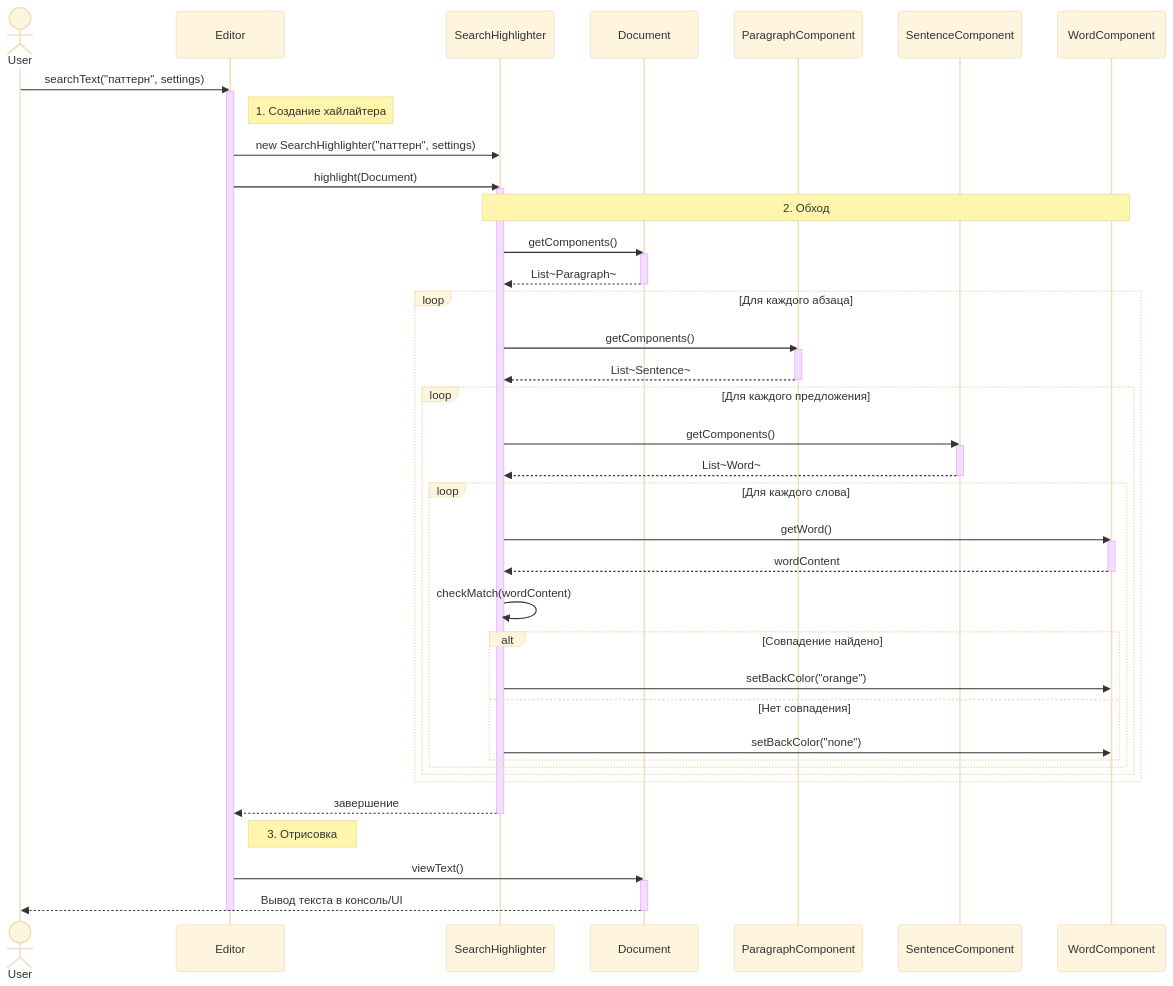
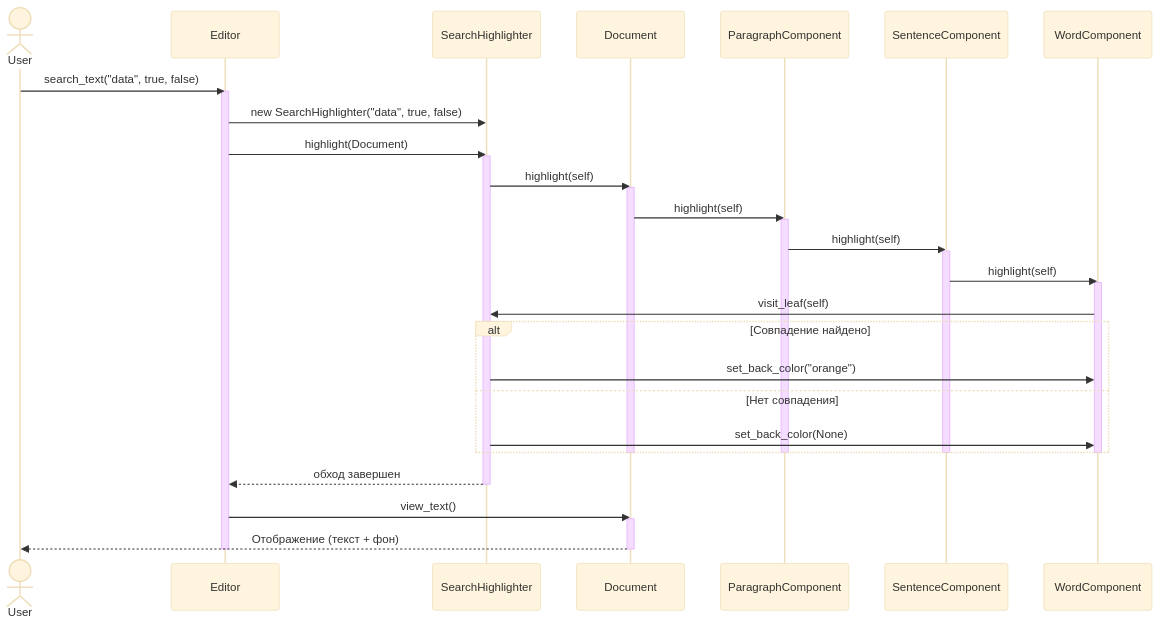
One commit to penamarth/bsbo-16-23_team5_var11_textedit changed the diagram in Документация/Преценденты/Поиск по файлу/Диаграмма последовательности Поиск по файлу.md. Above: the diagram before and after it, drawn with Mermaid (base theme). The commit also changed 1 other file, not shown here.

Commit message:
Обновлена диаграмма последовательности для поиска по тексту

````diff
--- a/Документация/Преценденты/Поиск по файлу/Диаграмма последовательности Поиск по файлу.md
+++ b/Документация/Преценденты/Поиск по файлу/Диаграмма последовательности Поиск по файлу.md
@@ -1,65 +1,52 @@
 ```mermaid
 sequenceDiagram
     actor User
     participant Editor
     participant SearchHighlighter
     participant Document
     participant Paragraph as ParagraphComponent
     participant Sentence as SentenceComponent
     participant Word as WordComponent
 
-    User->>Editor: searchText("паттерн", settings)
+    User->>Editor: search_text("data", true, false)
     activate Editor
     
-    Note right of Editor: 1. Создание хайлайтера
-    Editor->>SearchHighlighter: new SearchHighlighter("паттерн", settings)
+    Editor->>SearchHighlighter: new SearchHighlighter("data", true, false)
     
     Editor->>SearchHighlighter: highlight(Document)
     activate SearchHighlighter
     
-    Note over SearchHighlighter, Word: 2. Обход
+    SearchHighlighter->>Document: highlight(self)
+    activate Document
     
-    SearchHighlighter->>Document: getComponents()
-    activate Document
-    Document-->>SearchHighlighter: List~Paragraph~
+    Document->>Paragraph: highlight(self)
+    activate Paragraph
+    
+    Paragraph->>Sentence: highlight(self)
+    activate Sentence
+    
+    Sentence->>Word: highlight(self)
+    activate Word
+    
+    Word->>SearchHighlighter: visit_leaf(self)
+    
+    alt Совпадение найдено
+        SearchHighlighter->>Word: set_back_color("orange")
+    else Нет совпадения
+        SearchHighlighter->>Word: set_back_color(None)
+    end
+    
+    deactivate Word
+    deactivate Sentence
+    deactivate Paragraph
     deactivate Document
     
-    loop Для каждого абзаца
-        SearchHighlighter->>Paragraph: getComponents()
-        activate Paragraph
-        Paragraph-->>SearchHighlighter: List~Sentence~
-        deactivate Paragraph
-        
-        loop Для каждого предложения
-            SearchHighlighter->>Sentence: getComponents()
-            activate Sentence
-            Sentence-->>SearchHighlighter: List~Word~
-            deactivate Sentence
-            
-            loop Для каждого слова
-                SearchHighlighter->>Word: getWord()
-                activate Word
-                Word-->>SearchHighlighter: wordContent
-                deactivate Word
-                
-                SearchHighlighter->>SearchHighlighter: checkMatch(wordContent)
-                
-                alt Совпадение найдено
-                    SearchHighlighter->>Word: setBackColor("orange")
-                else Нет совпадения
-                    SearchHighlighter->>Word: setBackColor("none")
-                end
-            end
-        end
-    end
-    
-    SearchHighlighter-->>Editor: завершение
+    SearchHighlighter-->>Editor: обход завершен
     deactivate SearchHighlighter
     
-    Note right of Editor: 3. Отрисовка
-    Editor->>Document: viewText()
+    Editor->>Document: view_text()
     activate Document
-    Document-->>User: Вывод текста в консоль/UI
+    Document-->>User: Отображение (текст + фон)
     deactivate Document
     deactivate Editor
 ```
````
